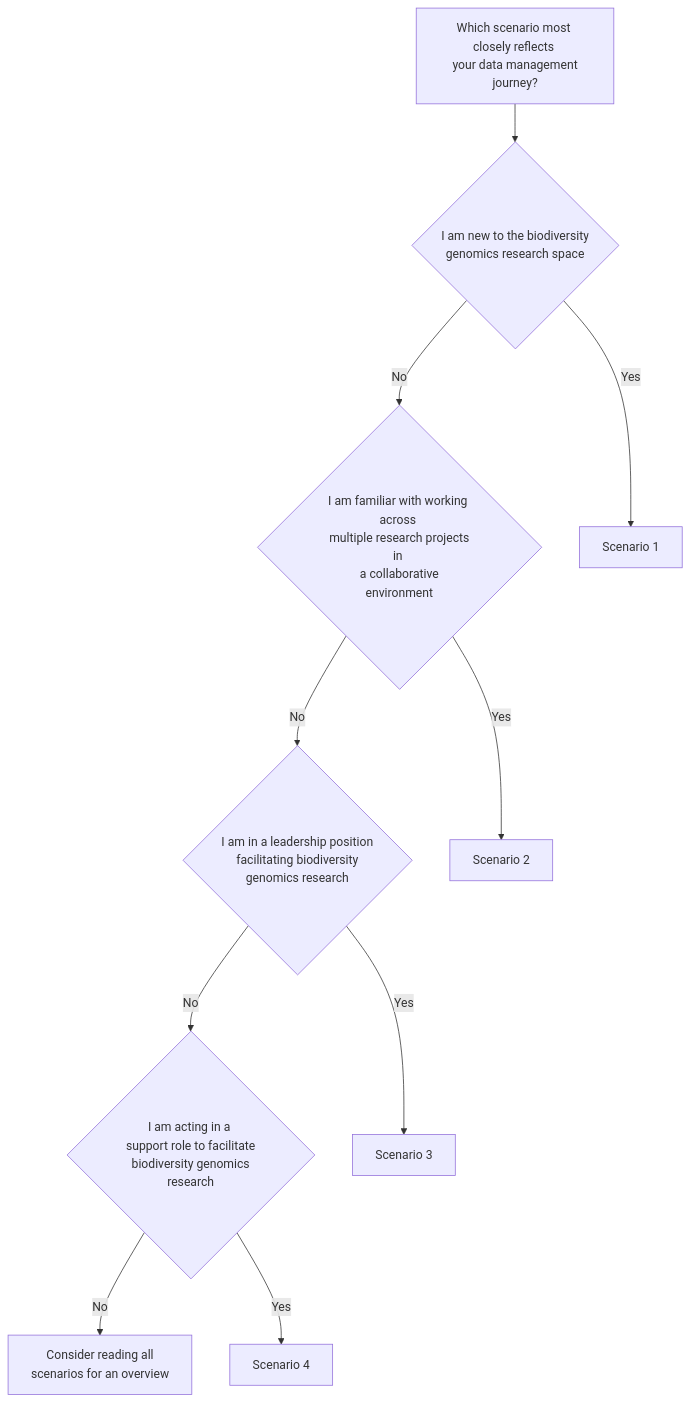
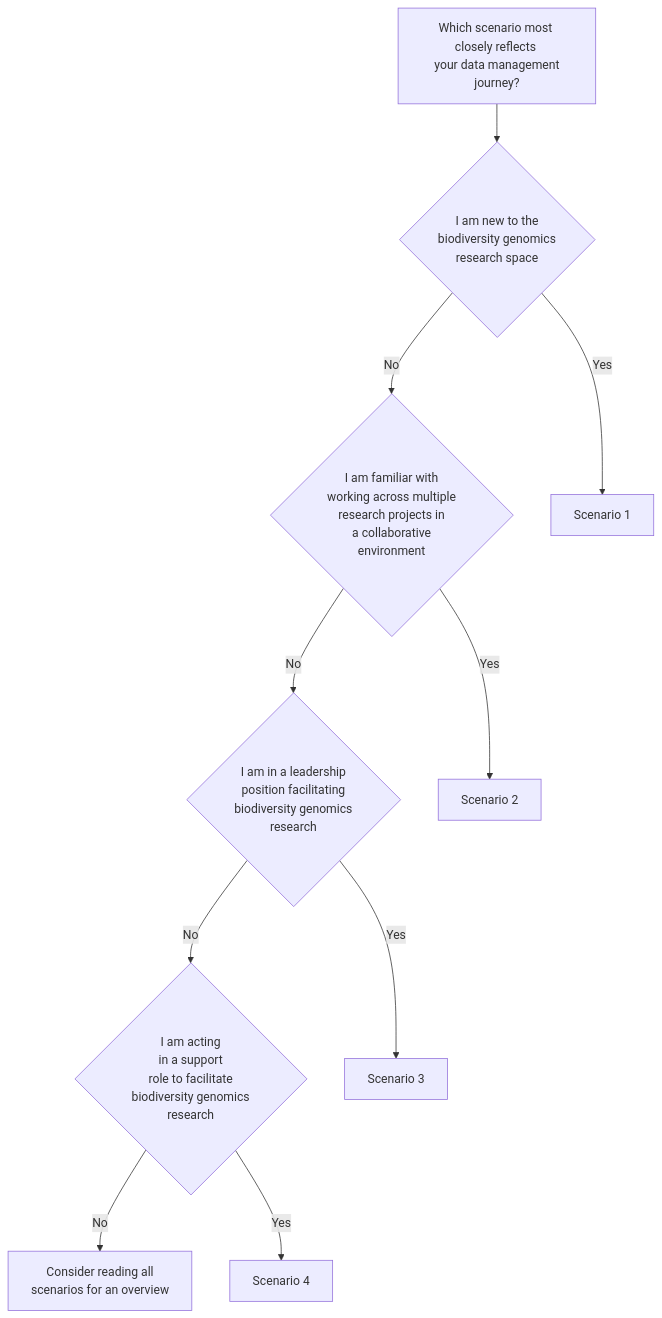
Before and after one commit to GenomicsAotearoa/data-management-resources: the diagram in docs/index.md, drawn with Mermaid.

Commit message:
newlines in flowchart modded

````diff
--- a/docs/index.md
+++ b/docs/index.md
@@ -11,16 +11,16 @@
 ```mermaid
 graph TD;
-    A[Which scenario most closely reflects \n your data management journey?] --> B{I am new to the biodiversity \n genomics research space}
-    B --> |No| E{I am familiar with working across \n multiple research projects in \n a collaborative environment}
+    A[Which scenario most closely reflects \n your data management journey?] --> B{I am new to the \n biodiversity genomics \n research space}
+    B --> |No| E{I am familiar with \n working across multiple \n research projects in \n a collaborative \n environment}
     B --> |Yes| D[Scenario 1]
-    E --> |No| G{I am in a leadership position \n facilitating biodiversity \n genomics research}
+    E --> |No| G{I am in a leadership \n position facilitating \n biodiversity genomics \n research}
     E --> |Yes| F[Scenario 2]
-    G --> |No| I{I am acting in a \n support role to facilitate \n biodiversity genomics research}
+    G --> |No| I{I am acting \n in a support \n role to facilitate \n biodiversity genomics \n research}
     G --> |Yes| H[Scenario 3]
     I --> |No| K[Consider reading all \n scenarios for an overview]
     I --> |Yes| J[Scenario 4]
     click D "https://genomicsaotearoa.github.io/data-management-resources/scenarios/scenario1"
     click F "https://genomicsaotearoa.github.io/data-management-resources/scenarios/scenario2"
     click H "https://genomicsaotearoa.github.io/data-management-resources/scenarios/scenario3"
     click J "https://genomicsaotearoa.github.io/data-management-resources/scenarios/scenario4"
 ```
````
